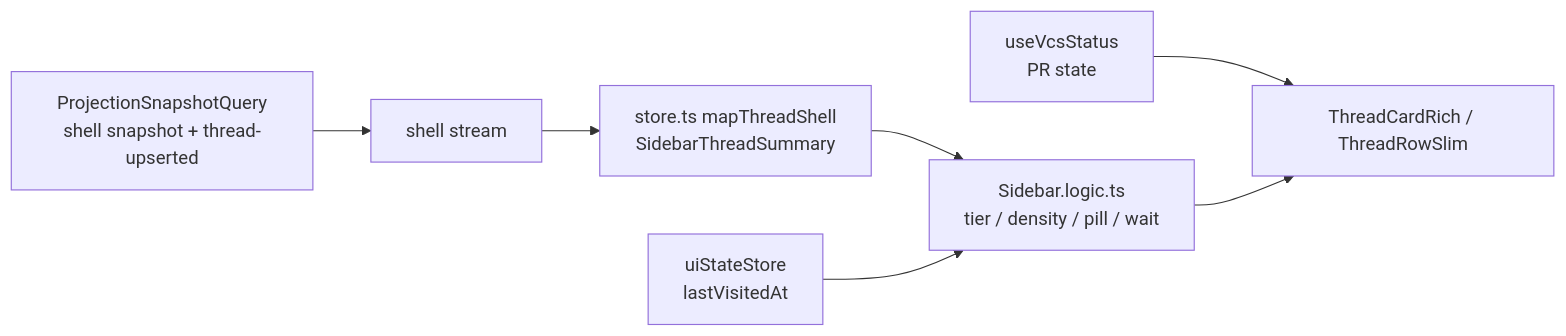
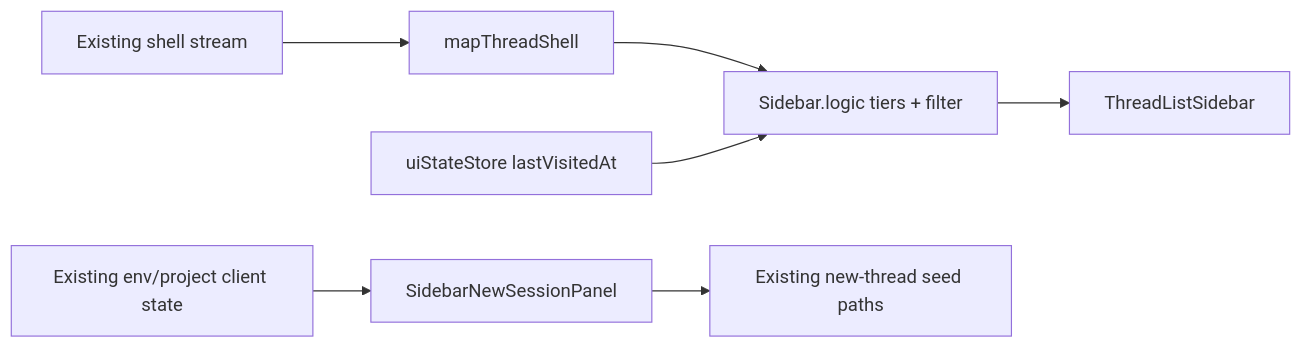
One commit to gannonh/kata-code changed the diagram in docs/specs/2026-07-14-sidebar-v2-hybrid-design.md. Above: the diagram before and after it, drawn with Mermaid. The commit also changed other lines of this file and 3 other files, not shown here.

First line of the commit message:
docs(sidebar): approve v2 attention-tiers design revision

````diff
--- a/docs/specs/2026-07-14-sidebar-v2-hybrid-design.md
+++ b/docs/specs/2026-07-14-sidebar-v2-hybrid-design.md
@@ -277,9 +241,9 @@
 ```mermaid
 flowchart LR
-  PQ[ProjectionSnapshotQuery\nshell snapshot + thread-upserted] --> WS[shell stream]
-  WS --> Store[store.ts mapThreadShell\nSidebarThreadSummary]
-  Store --> Logic[Sidebar.logic.ts\ntier / density / pill / wait]
-  UI[uiStateStore\nlastVisitedAt] --> Logic
-  VCS[useVcsStatus\nPR state] --> Rows
-  Logic --> Rows[ThreadCardRich / ThreadRowSlim]
+  Shell[Existing shell stream] --> Store[mapThreadShell]
+  Store --> Logic[Sidebar.logic tiers + filter]
+  UI[uiStateStore lastVisitedAt] --> Logic
+  Env[Existing env/project client state] --> NewSession[SidebarNewSessionPanel]
+  Logic --> List[ThreadListSidebar]
+  NewSession --> ExistingAPIs[Existing new-thread seed paths]
 ```
````
